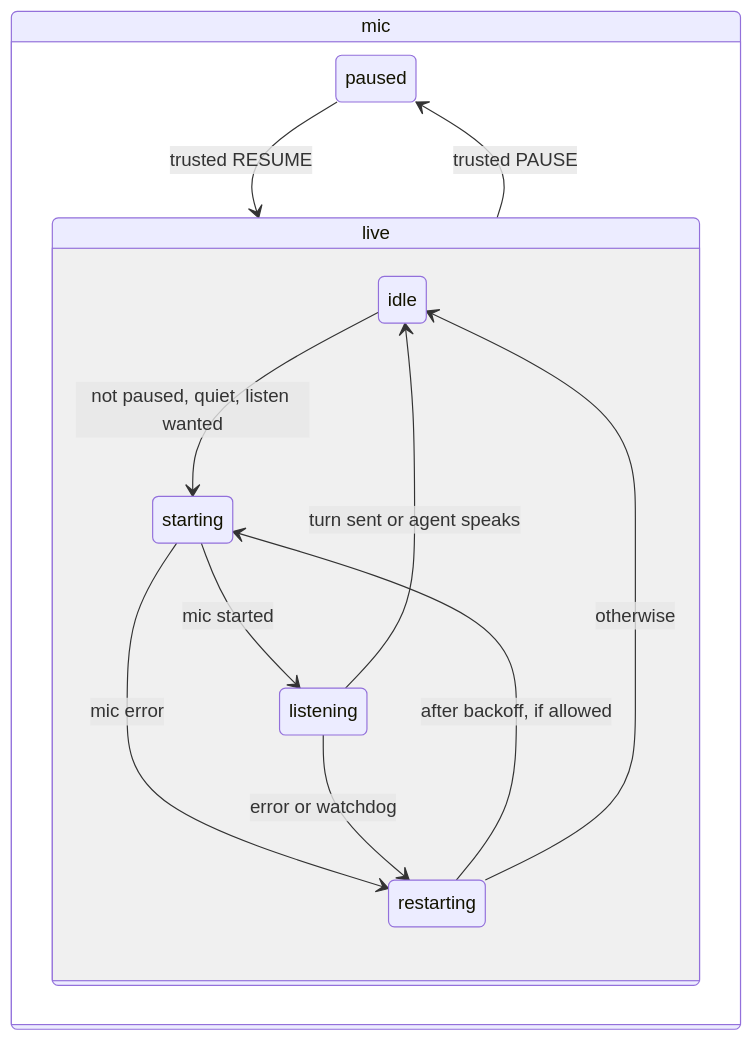
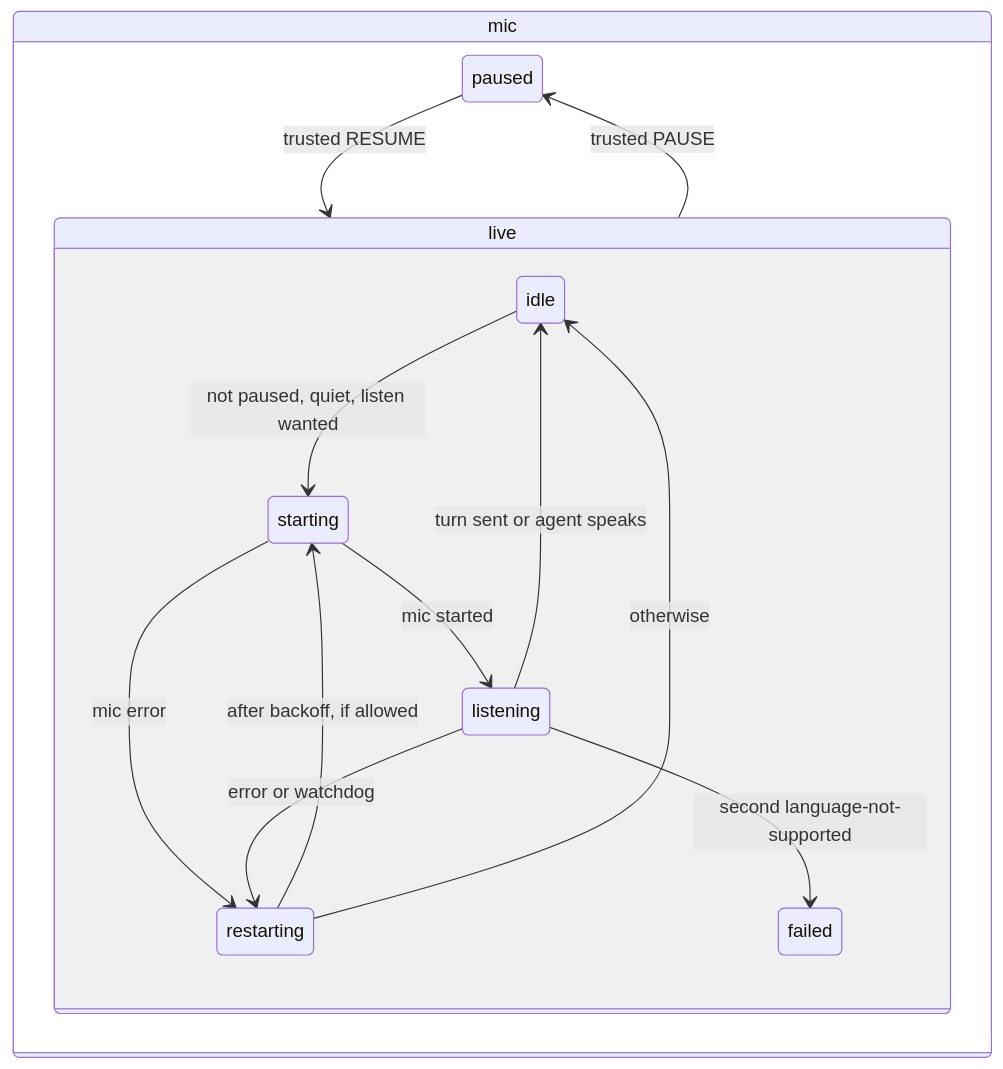
One commit to markkennethbadilla/stts changed the diagram in specs/005-page-machine-and-mute/spec.md. Above: the diagram before and after it, drawn with Mermaid. The commit also changed other lines of this file and 6 other files, not shown here.

First line of the commit message:
Mic falls back to cloud recognition and stops looping on language-not-supported; window open times out after 15 s

````diff
--- a/specs/005-page-machine-and-mute/spec.md
+++ b/specs/005-page-machine-and-mute/spec.md
@@ -23,16 +23,17 @@
 ```mermaid
 stateDiagram-v2
   state mic {
     paused --> live: trusted RESUME
     live --> paused: trusted PAUSE
     state live {
       idle --> starting: not paused, quiet, listen wanted
       starting --> listening: mic started
       starting --> restarting: mic error
       listening --> restarting: error or watchdog
       listening --> idle: turn sent or agent speaks
       restarting --> starting: after backoff, if allowed
       restarting --> idle: otherwise
+      listening --> failed: second language-not-supported
     }
   }
 ```
````
